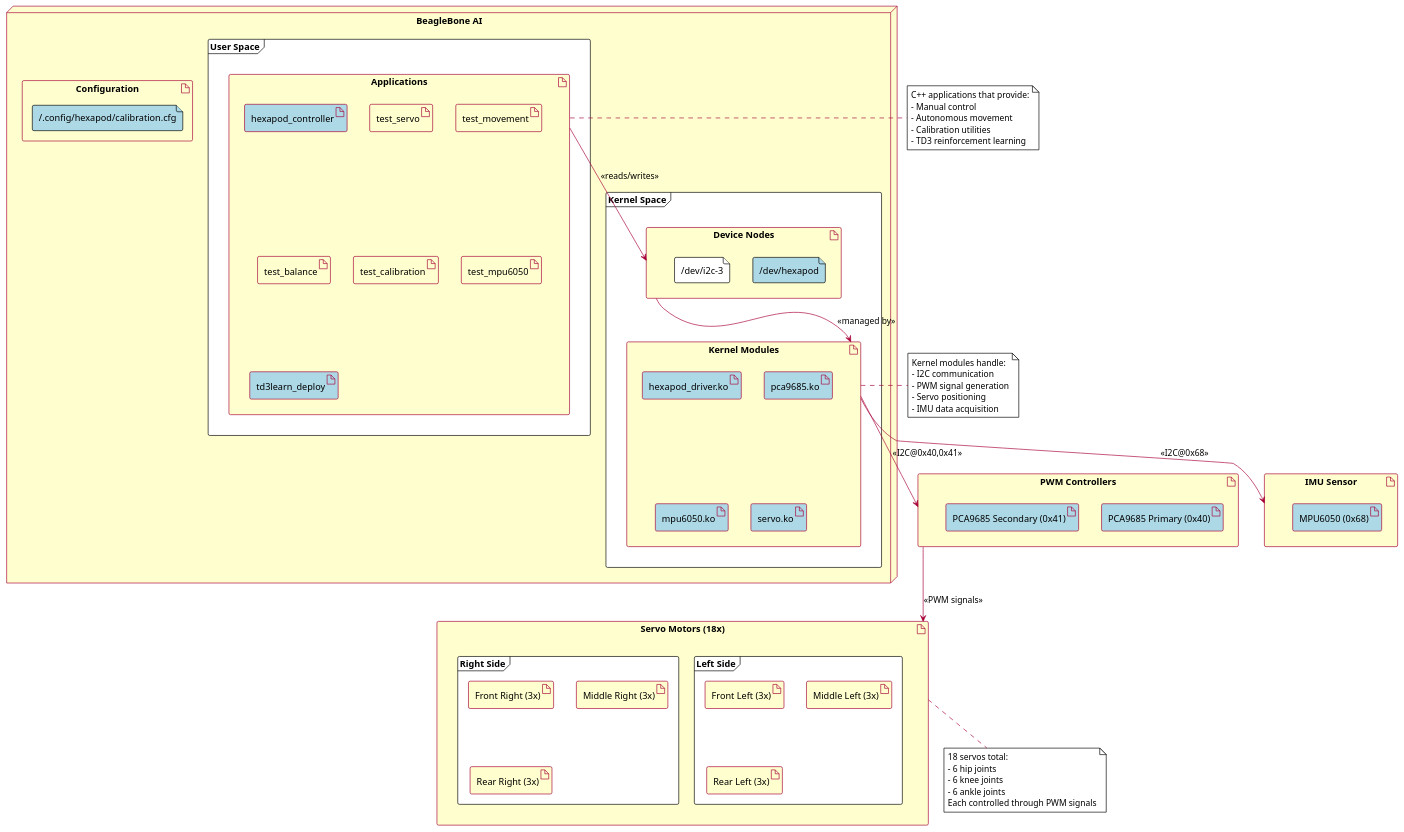
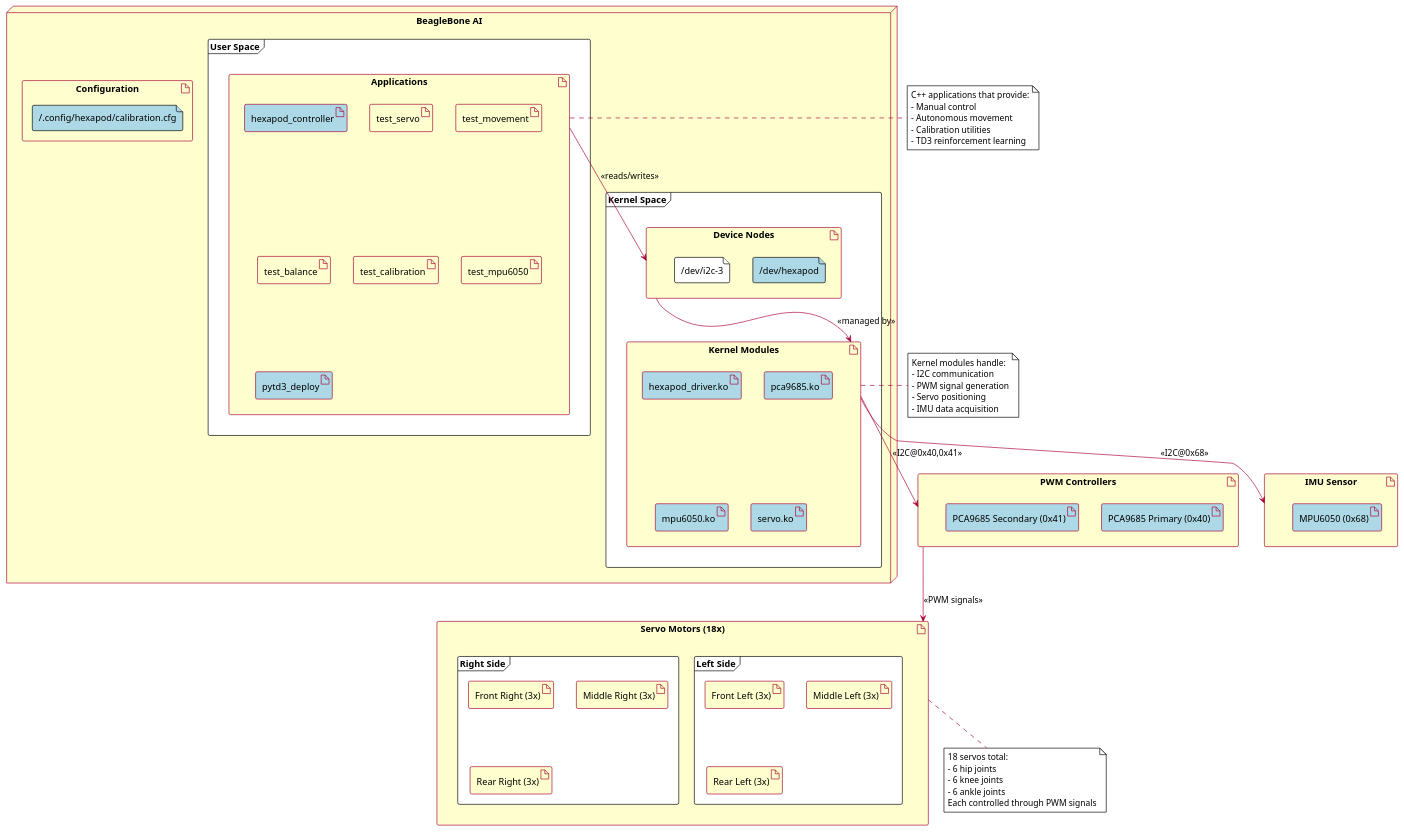
Before and after one commit to NguyenTrongPhuc552003/reinforcement-automative-hexapod: the diagram in docs/diagrams/src/deployment.puml, drawn with PlantUML. The commit also changed 1 other file, not shown here.

Commit message:
Rename the related uml diagrams for TD3 algorithm

```diff
--- a/docs/diagrams/src/deployment.puml
+++ b/docs/diagrams/src/deployment.puml
@@ -1,101 +1,101 @@
 @startuml deployment
 
 !theme plain
 skinparam nodeBackgroundColor #FEFECE
 skinparam nodeBorderColor #A80036
 skinparam deviceBackgroundColor #FEFECE
 skinparam deviceBorderColor #A80036
 skinparam artifactBackgroundColor #FEFECE
 skinparam artifactBorderColor #A80036
 skinparam ArrowColor #A80036
 
 ' Physical devices based on the actual hardware configuration
 node "BeagleBone AI" as sbc {
   frame "User Space" {
     artifact "Applications" as app {
       artifact "hexapod_controller" #ADD8E6
       artifact "test_servo"
       artifact "test_movement"
       artifact "test_balance"
       artifact "test_calibration"
       artifact "test_mpu6050"
-      artifact "td3learn_deploy" #ADD8E6
+      artifact "pytd3_deploy" #ADD8E6
     }
     
     ' Direct connection from applications to device nodes without middleware libraries
   }
   
   frame "Kernel Space" {
     artifact "Kernel Modules" as driver {
       artifact "hexapod_driver.ko" #ADD8E6
       artifact "pca9685.ko" #ADD8E6
       artifact "mpu6050.ko" #ADD8E6
       artifact "servo.ko" #ADD8E6
     }
     
     artifact "Device Nodes" as device {
       file "/dev/hexapod" #ADD8E6
       file "/dev/i2c-3"
     }
   }
   
   artifact "Configuration" as config {
     file "~/.config/hexapod/calibration.cfg" #ADD8E6
   }
 }
 
 artifact "PWM Controllers" as pca9685 {
   artifact "PCA9685 Primary (0x40)" #ADD8E6
   artifact "PCA9685 Secondary (0x41)" #ADD8E6
 }
 
 artifact "IMU Sensor" as mpu6050 {
   artifact "MPU6050 (0x68)" #ADD8E6
 }
 
 artifact "Servo Motors (18x)" as servos {
   frame "Left Side" {
     artifact "Front Left (3x)"
     artifact "Middle Left (3x)"
     artifact "Rear Left (3x)"
   }
   frame "Right Side" {
     artifact "Front Right (3x)" 
     artifact "Middle Right (3x)"
     artifact "Rear Right (3x)"
   }
 }
 
 ' Connections based on actual system architecture
 app --> device : <<reads/writes>>
 device --> driver : <<managed by>>
 driver --> pca9685 : <<I2C@0x40,0x41>>
 driver --> mpu6050 : <<I2C@0x68>>
 pca9685 --> servos : <<PWM signals>>
 
 ' Notes based on code documentation
 note right of app
   C++ applications that provide:
   - Manual control
   - Autonomous movement
   - Calibration utilities 
   - TD3 reinforcement learning
 end note
 
 note right of driver
   Kernel modules handle:
   - I2C communication
   - PWM signal generation
   - Servo positioning
   - IMU data acquisition
 end note
 
 note bottom of servos
   18 servos total:
   - 6 hip joints
   - 6 knee joints
   - 6 ankle joints
   Each controlled through PWM signals
 end note
 
 @enduml
```
